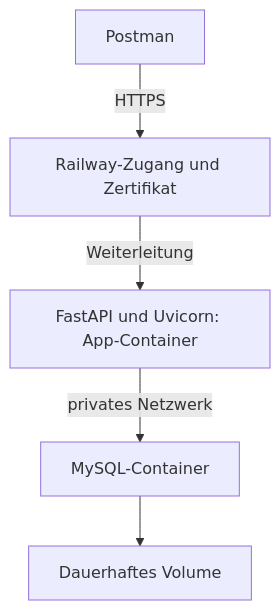
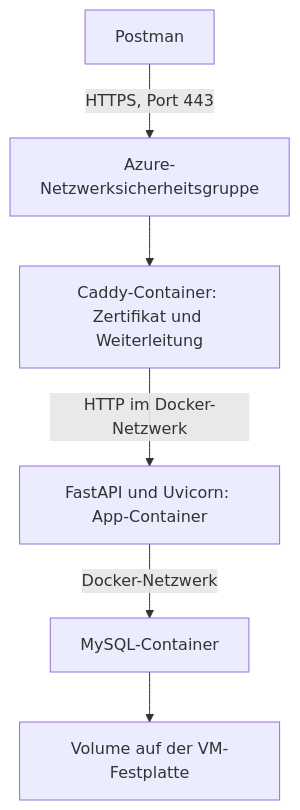
The second of 2 diagrams in 13-Deployment_lokal_und_Cloud.md (pietow/cimdata_python_mysql_live), drawn with Mermaid before and after one commit. The commit also changed other lines of this file, not shown here.

````diff
--- a/13-Deployment_lokal_und_Cloud.md
+++ b/13-Deployment_lokal_und_Cloud.md
@@ -165,7 +185,8 @@
 ```mermaid
 flowchart TD
-    P["Postman"] -->|"HTTPS"| R["Railway-Zugang und Zertifikat"]
-    R -->|"Weiterleitung"| A["FastAPI und Uvicorn: App-Container"]
-    A -->|"privates Netzwerk"| D["MySQL-Container"]
-    D --> V["Dauerhaftes Volume"]
+    P["Postman"] -->|"HTTPS, Port 443"| N["Azure-Netzwerksicherheitsgruppe"]
+    N --> C["Caddy-Container: Zertifikat und Weiterleitung"]
+    C -->|"HTTP im Docker-Netzwerk"| A["FastAPI und Uvicorn: App-Container"]
+    A -->|"Docker-Netzwerk"| D["MySQL-Container"]
+    D --> V["Volume auf der VM-Festplatte"]
 ```
````
